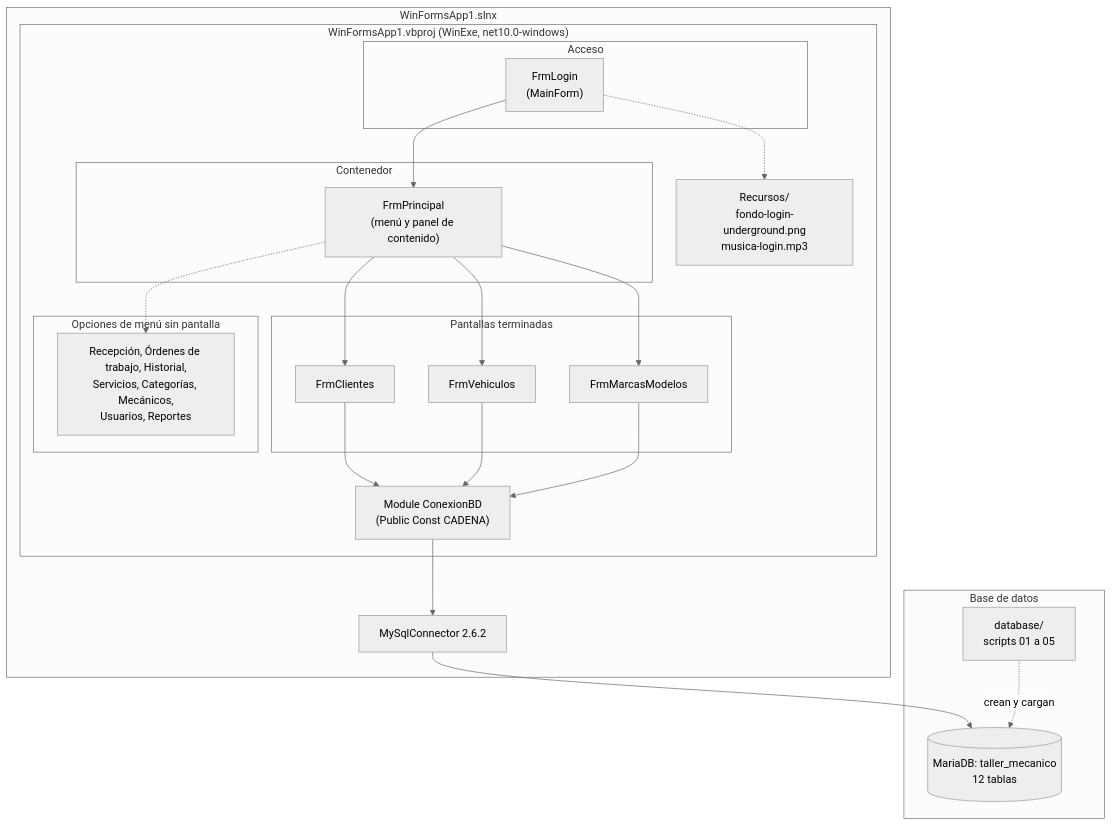
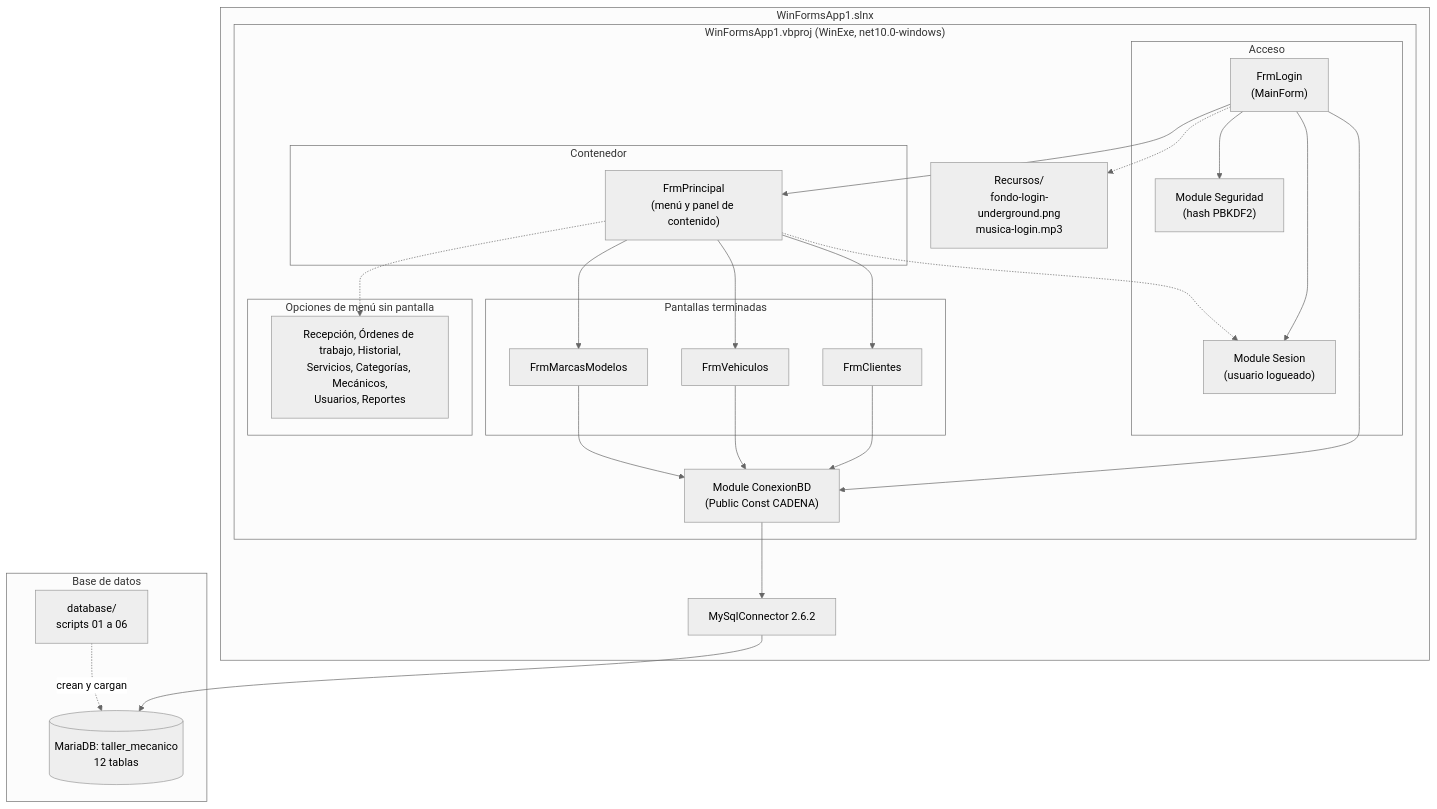
The first of 3 diagrams in doc/Docu.md (MedinaLucas1996/taller-mecanico), drawn with Mermaid (neutral theme) before and after one commit. The commit also changed other lines of this file and 2 other files, not shown here.

Commit message:
docs: document login validation and PBKDF2 scheme

````diff
--- a/doc/Docu.md
+++ b/doc/Docu.md
@@ -36,42 +37,48 @@
 ```mermaid
 graph TD
     subgraph Solucion["WinFormsApp1.slnx"]
         subgraph Proyecto["WinFormsApp1.vbproj (WinExe, net10.0-windows)"]
             subgraph Acceso["Acceso"]
                 Login["FrmLogin<br/>(MainForm)"]
+                Seguridad["Module Seguridad<br/>(hash PBKDF2)"]
+                Sesion["Module Sesion<br/>(usuario logueado)"]
             end
             subgraph Contenedor["Contenedor"]
                 Principal["FrmPrincipal<br/>(menú y panel de contenido)"]
             end
             subgraph Terminadas["Pantallas terminadas"]
                 Clientes["FrmClientes"]
                 Vehiculos["FrmVehiculos"]
                 Marcas["FrmMarcasModelos"]
             end
             subgraph Pendientes["Opciones de menú sin pantalla"]
                 Pend["Recepción, Órdenes de trabajo, Historial,<br/>Servicios, Categorías, Mecánicos,<br/>Usuarios, Reportes"]
             end
             Conexion["Module ConexionBD<br/>(Public Const CADENA)"]
             Recursos["Recursos/<br/>fondo-login-underground.png<br/>musica-login.mp3"]
         end
         Driver["MySqlConnector 2.6.2"]
     end
 
     subgraph Datos["Base de datos"]
         DB[("MariaDB: taller_mecanico<br/>12 tablas")]
-        Scripts["database/<br/>scripts 01 a 05"]
+        Scripts["database/<br/>scripts 01 a 06"]
     end
 
     Login --> Principal
     Login -.-> Recursos
+    Login --> Seguridad
+    Login --> Sesion
+    Login --> Conexion
+    Principal -.-> Sesion
     Principal --> Clientes
     Principal --> Vehiculos
     Principal --> Marcas
     Principal -.-> Pend
     Clientes --> Conexion
     Vehiculos --> Conexion
     Marcas --> Conexion
     Conexion --> Driver
     Driver --> DB
     Scripts -.->|"crean y cargan"| DB
 ```
````
